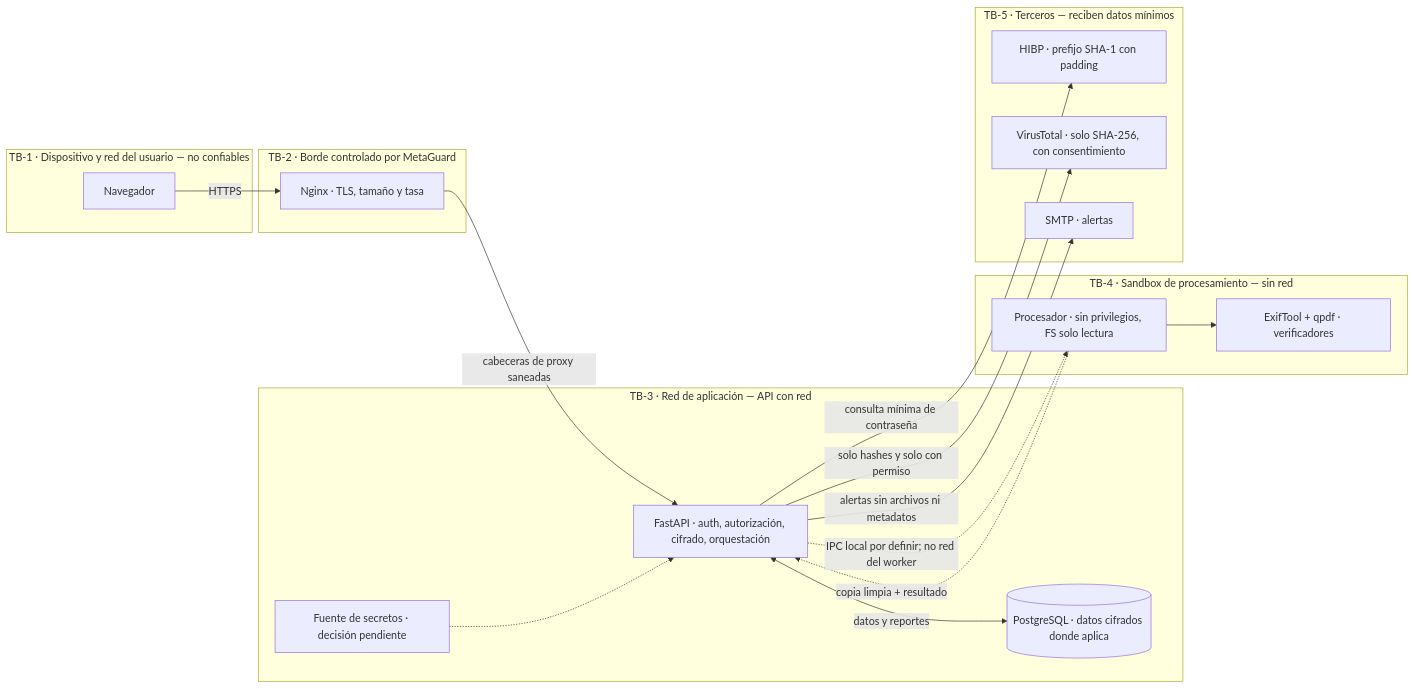
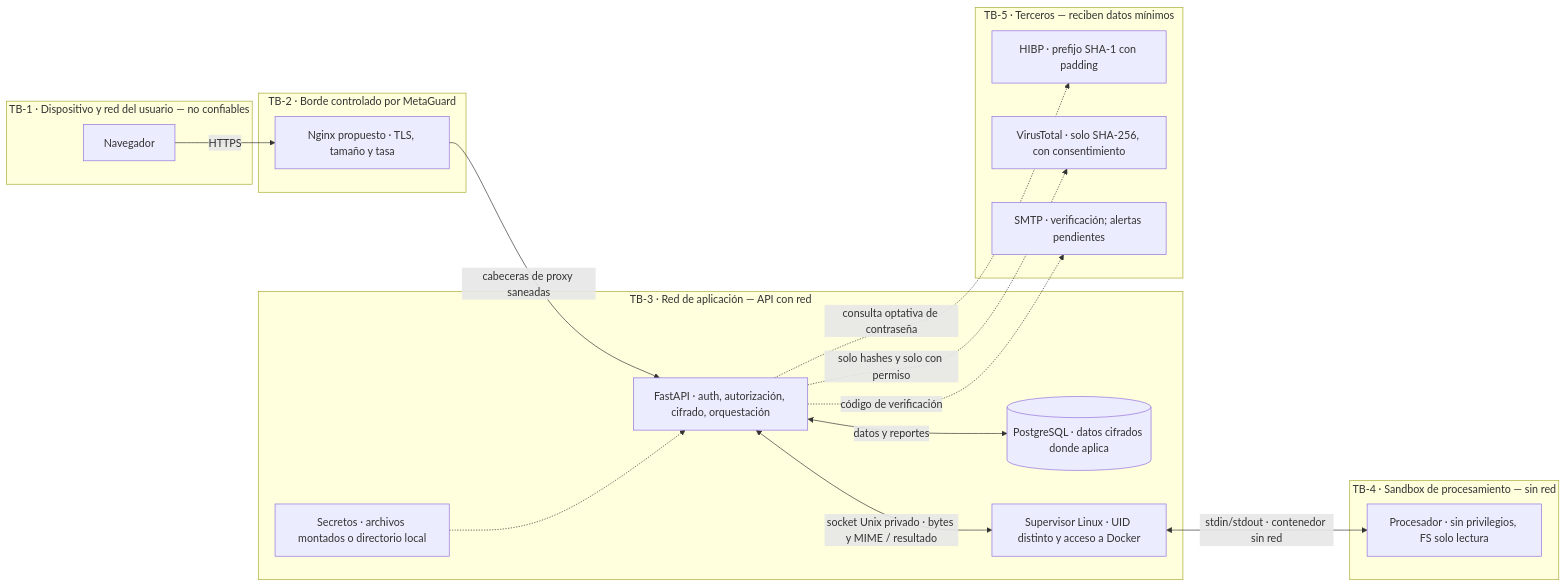
One commit to AntonioDeHoyosHdz/MetaGuard changed the diagram in docs/arquitectura.md. Above: the diagram before and after it, drawn with Mermaid. The commit also changed other lines of this file and 19 other files, not shown here.

````diff
--- a/docs/arquitectura.md
+++ b/docs/arquitectura.md
@@ -7,33 +7,32 @@
 ```mermaid
 flowchart LR
   subgraph T1["TB-1 · Dispositivo y red del usuario — no confiables"]
     Browser[ Navegador ]
   end
   subgraph T2["TB-2 · Borde controlado por MetaGuard"]
-    Nginx[Nginx · TLS, tamaño y tasa]
+    Nginx[Nginx propuesto · TLS, tamaño y tasa]
   end
   subgraph T3["TB-3 · Red de aplicación — API con red"]
     API[FastAPI · auth, autorización, cifrado, orquestación]
     DB[(PostgreSQL · datos cifrados donde aplica)]
-    Secrets[Fuente de secretos · decisión pendiente]
+    Secrets[Secretos · archivos montados o directorio local]
+    Supervisor[Supervisor Linux · UID distinto y acceso a Docker]
   end
   subgraph T4["TB-4 · Sandbox de procesamiento — sin red"]
     Worker[Procesador · sin privilegios, FS solo lectura]
-    Tools[ExifTool + qpdf · verificadores]
   end
   subgraph T5["TB-5 · Terceros — reciben datos mínimos"]
     HIBP[HIBP · prefijo SHA-1 con padding]
     VT[VirusTotal · solo SHA-256, con consentimiento]
-    SMTP[SMTP · alertas]
+    SMTP[SMTP · verificación; alertas pendientes]
   end
   Browser -->|HTTPS| Nginx
   Nginx -->|cabeceras de proxy saneadas| API
   API <-->|datos y reportes| DB
-  API -.->|IPC local por definir; no red del worker| Worker
-  Worker --> Tools
-  Worker -.->|copia limpia + resultado| API
-  API -->|consulta mínima de contraseña| HIBP
-  API -->|solo hashes y solo con permiso| VT
-  API -->|alertas sin archivos ni metadatos| SMTP
+  API <-->|socket Unix privado · bytes y MIME / resultado| Supervisor
+  Supervisor <-->|stdin/stdout · contenedor sin red| Worker
+  API -.->|consulta optativa de contraseña| HIBP
+  API -.->|solo hashes y solo con permiso| VT
+  API -.->|código de verificación| SMTP
   Secrets -.-> API
 ```
````
